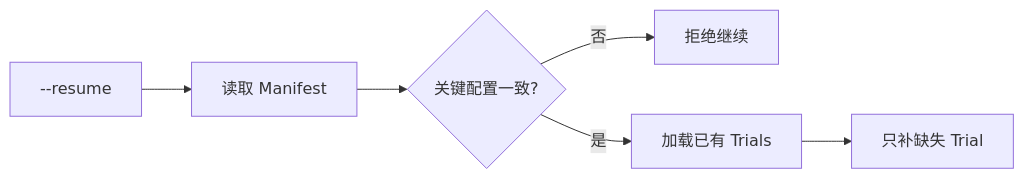
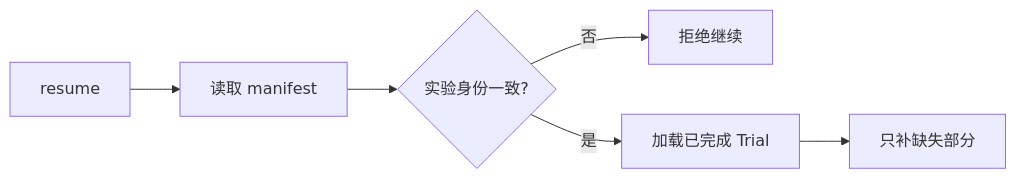
Before and after one commit to Arthur999459up/GitAgent: the tenth of 10 diagrams in docs/14-evaluation-design.md, drawn with Mermaid. The commit also changed other lines of this file and 15 other files, not shown here.

````diff
--- a/docs/14-evaluation-design.md
+++ b/docs/14-evaluation-design.md
@@ -933,8 +371,8 @@
 ```mermaid
 flowchart LR
-    R[--resume] --> M[读取 Manifest]
-    M --> V{关键配置一致?}
-    V -->|否| E[拒绝继续]
-    V -->|是| T[加载已有 Trials]
-    T --> C[只补缺失 Trial]
+    R[resume] --> M[读取 manifest]
+    M --> V{实验身份一致?}
+    V -->|否| F[拒绝继续]
+    V -->|是| L[加载已完成 Trial]
+    L --> C[只补缺失部分]
 ```
````
